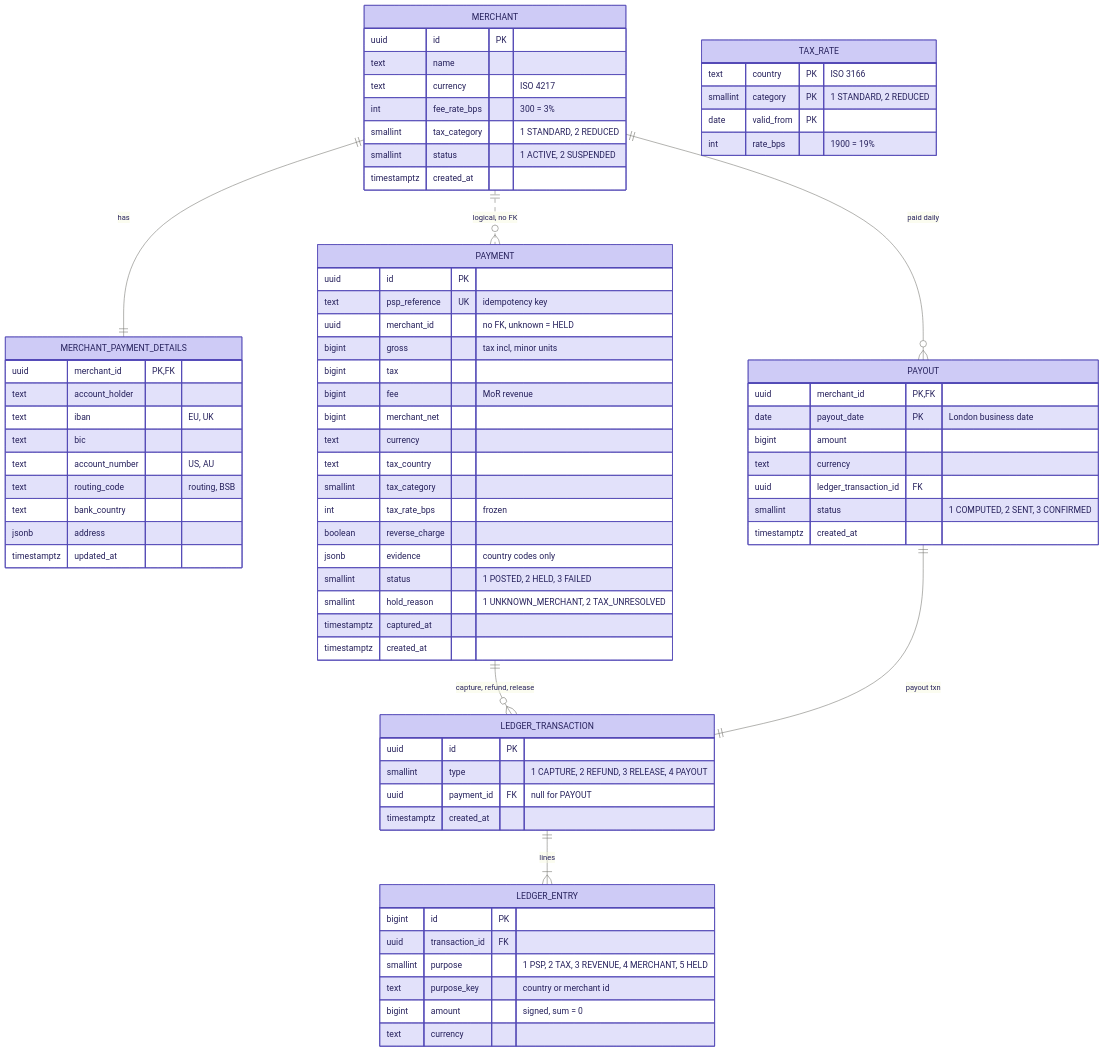
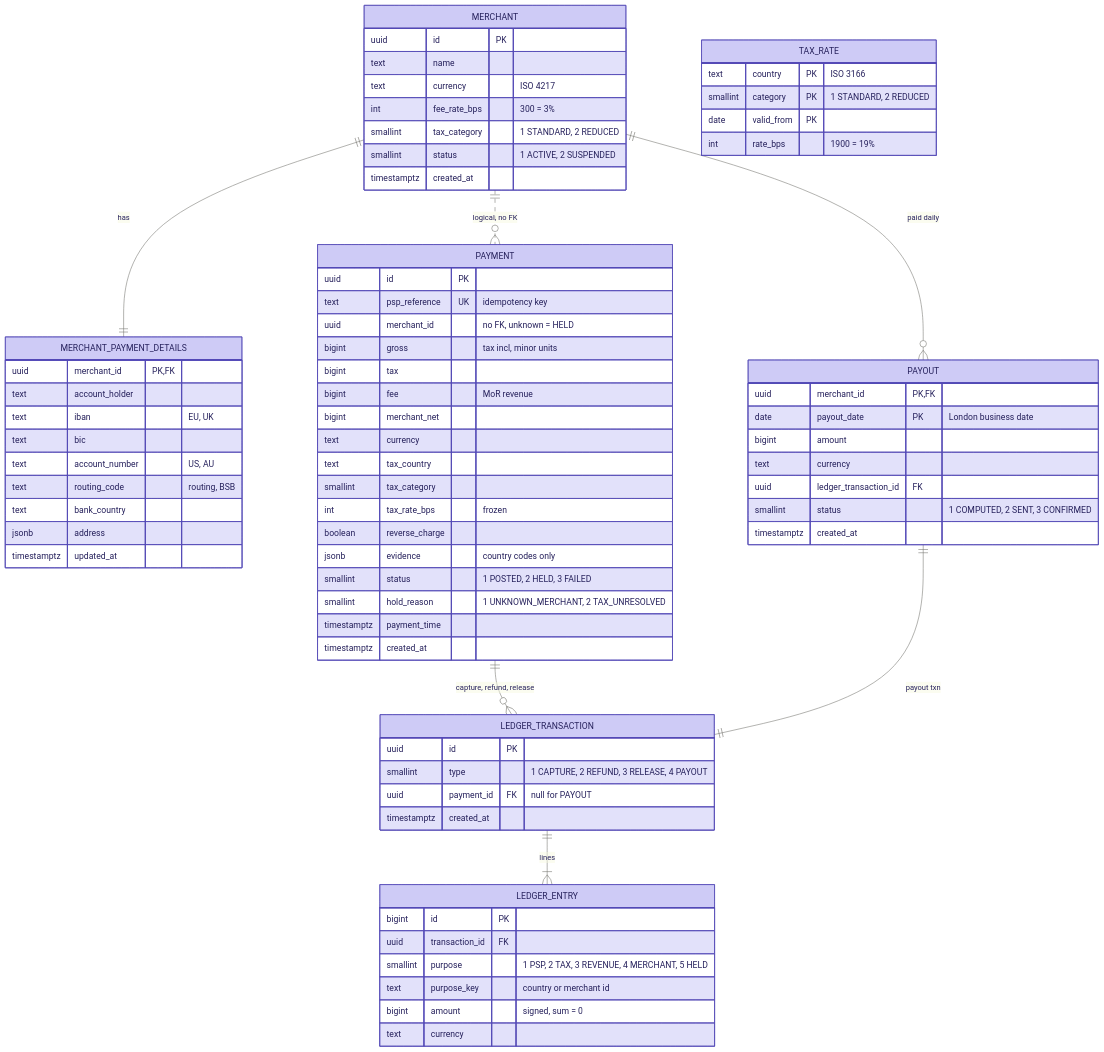
Before and after one commit to Pixhunter/Ledger: the fourth of 4 diagrams in README.md, drawn with Mermaid. The commit also changed other lines of this file and 19 other files, not shown here.

````diff
--- a/README.md
+++ b/README.md
@@ -217,82 +217,82 @@
 ```mermaid
 %%{init: {"theme": "base", "themeVariables": {
   "primaryColor": "#CECBF6", "primaryTextColor": "#26215C",
   "primaryBorderColor": "#534AB7", "lineColor": "#73726c",
   "attributeBackgroundColorOdd": "#FFFFFF",
   "attributeBackgroundColorEven": "#F1EFE8"}}}%%
 erDiagram
   MERCHANT ||--|| MERCHANT_PAYMENT_DETAILS : has
   MERCHANT ||..o{ PAYMENT : "logical, no FK"
   PAYMENT ||--o{ LEDGER_TRANSACTION : "capture, refund, release"
   LEDGER_TRANSACTION ||--|{ LEDGER_ENTRY : lines
   MERCHANT ||--o{ PAYOUT : "paid daily"
   PAYOUT ||--|| LEDGER_TRANSACTION : "payout txn"
   MERCHANT {
     uuid id PK
     text name
     text currency "ISO 4217"
     int fee_rate_bps "300 = 3%"
     smallint tax_category "1 STANDARD, 2 REDUCED"
     smallint status "1 ACTIVE, 2 SUSPENDED"
     timestamptz created_at
   }
   MERCHANT_PAYMENT_DETAILS {
     uuid merchant_id PK,FK
     text account_holder
     text iban "EU, UK"
     text bic
     text account_number "US, AU"
     text routing_code "routing, BSB"
     text bank_country
     jsonb address
     timestamptz updated_at
   }
   TAX_RATE {
     text country PK "ISO 3166"
     smallint category PK "1 STANDARD, 2 REDUCED"
     date valid_from PK
     int rate_bps "1900 = 19%"
   }
   PAYMENT {
     uuid id PK
     text psp_reference UK "idempotency key"
     uuid merchant_id "no FK, unknown = HELD"
     bigint gross "tax incl, minor units"
     bigint tax
     bigint fee "MoR revenue"
     bigint merchant_net
     text currency
     text tax_country
     smallint tax_category
     int tax_rate_bps "frozen"
     boolean reverse_charge
     jsonb evidence "country codes only"
     smallint status "1 POSTED, 2 HELD, 3 FAILED"
     smallint hold_reason "1 UNKNOWN_MERCHANT, 2 TAX_UNRESOLVED"
-    timestamptz captured_at
+    timestamptz payment_time
     timestamptz created_at
   }
   LEDGER_TRANSACTION {
     uuid id PK
     smallint type "1 CAPTURE, 2 REFUND, 3 RELEASE, 4 PAYOUT"
     uuid payment_id FK "null for PAYOUT"
     timestamptz created_at
   }
   LEDGER_ENTRY {
     bigint id PK
     uuid transaction_id FK
     smallint purpose "1 PSP, 2 TAX, 3 REVENUE, 4 MERCHANT, 5 HELD"
     text purpose_key "country or merchant id"
     bigint amount "signed, sum = 0"
     text currency
   }
   PAYOUT {
     uuid merchant_id PK,FK
     date payout_date PK "London business date"
     bigint amount
     text currency
     uuid ledger_transaction_id FK
     smallint status "1 COMPUTED, 2 SENT, 3 CONFIRMED"
     timestamptz created_at
   }
 ```
````
